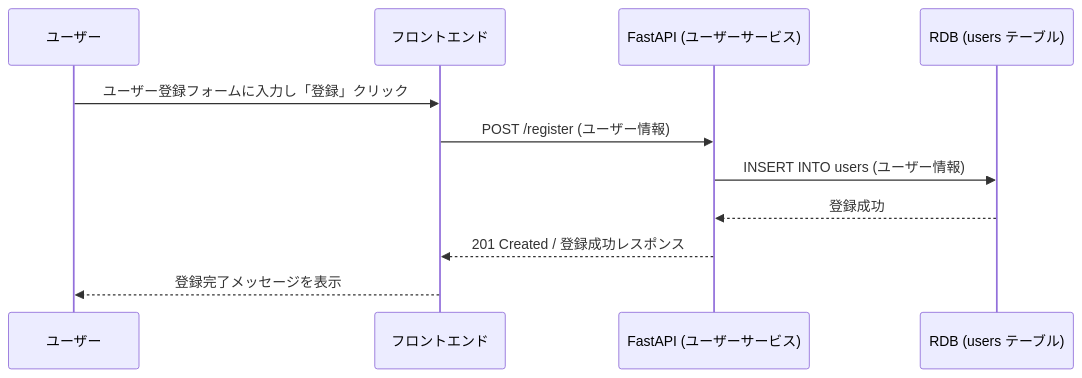
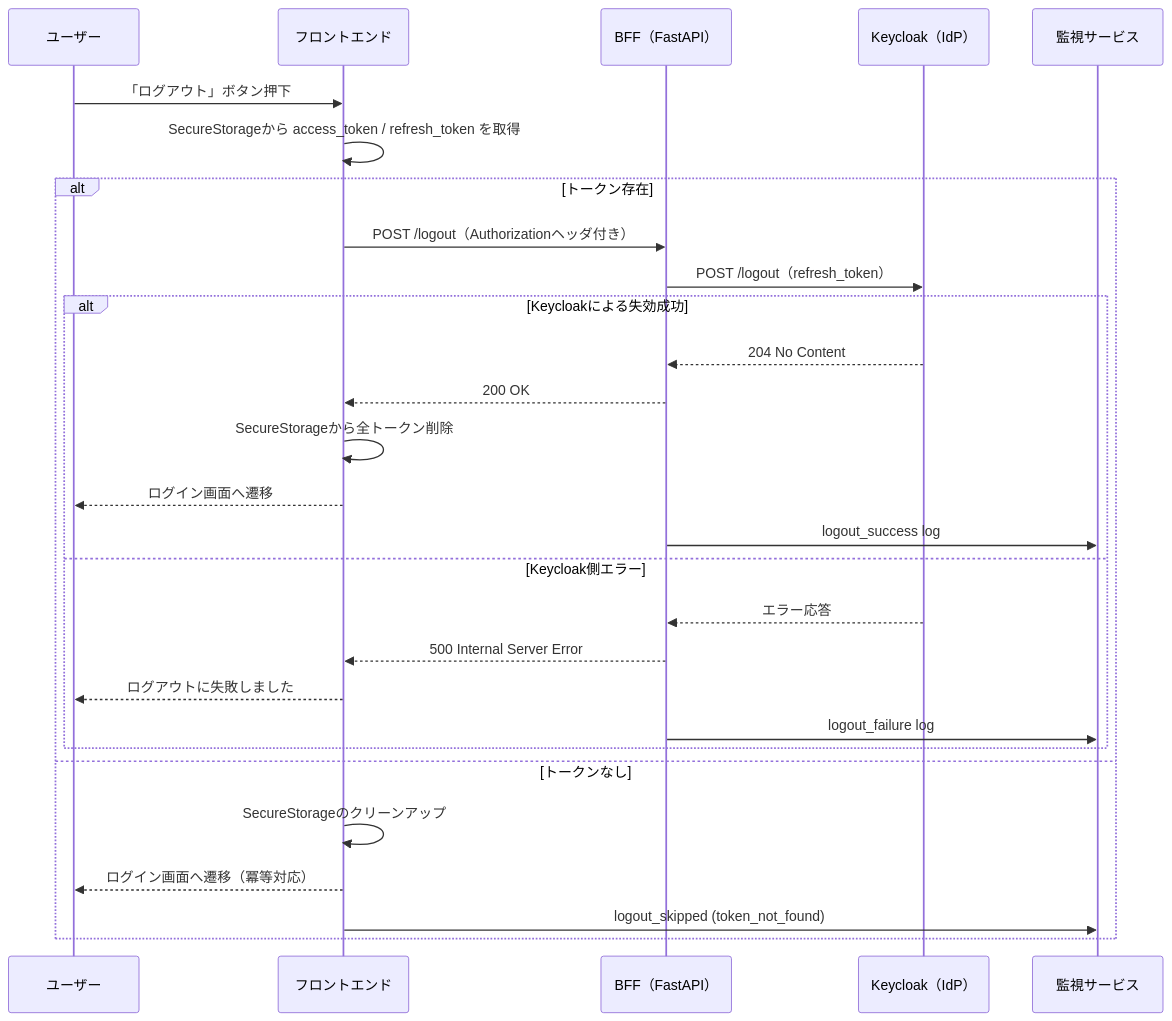
The third of 10 diagrams in sequence/README.md (Yumapon/microservice_app), drawn with Mermaid before and after one commit. The commit also changed other lines of this file and 14 other files, not shown here.

Commit message:
sequence and openapi

````diff
--- a/sequence/README.md
+++ b/sequence/README.md
@@ -7,14 +201,35 @@
 ```mermaid
 sequenceDiagram
     participant User as ユーザー
     participant Frontend as フロントエンド
-    participant API as FastAPI (ユーザーサービス)
-    participant DB as RDB (users テーブル)
+    participant BFF as BFF（FastAPI）
+    participant Keycloak as Keycloak（IdP）
+    participant Monitoring as 監視サービス
 
-    User->>Frontend: ユーザー登録フォームに入力し「登録」クリック
-    Frontend->>API: POST /register (ユーザー情報)
-    API->>DB: INSERT INTO users (ユーザー情報)
-    DB-->>API: 登録成功
-    API-->>Frontend: 201 Created / 登録成功レスポンス
-    Frontend-->>User: 登録完了メッセージを表示
+    %% --- ユーザーがログアウト操作を実行 ---
+    User->>Frontend: 「ログアウト」ボタン押下
+    Frontend->>Frontend: SecureStorageから access_token / refresh_token を取得
+
+    alt トークン存在
+        Frontend->>BFF: POST /logout（Authorizationヘッダ付き）
+        BFF->>Keycloak: POST /logout（refresh_token）
+
+        alt Keycloakによる失効成功
+            Keycloak-->>BFF: 204 No Content
+            BFF-->>Frontend: 200 OK
+            Frontend->>Frontend: SecureStorageから全トークン削除
+            Frontend-->>User: ログイン画面へ遷移
+            BFF->>Monitoring: logout_success log
+        else Keycloak側エラー
+            Keycloak-->>BFF: エラー応答
+            BFF-->>Frontend: 500 Internal Server Error
+            Frontend-->>User: ログアウトに失敗しました
+            BFF->>Monitoring: logout_failure log
+        end
+
+    else トークンなし
+        Frontend->>Frontend: SecureStorageのクリーンアップ
+        Frontend-->>User: ログイン画面へ遷移（冪等対応）
+        Frontend->>Monitoring: logout_skipped (token_not_found)
+    end
 ```
````
